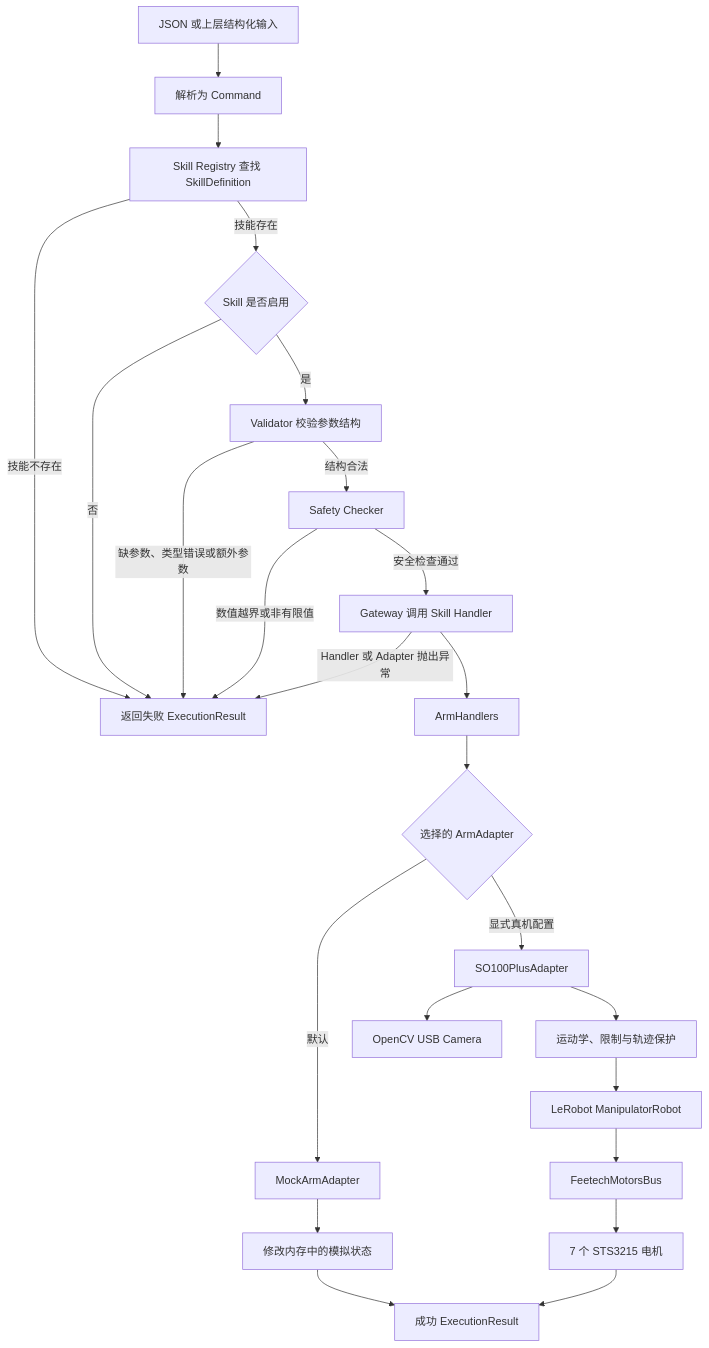
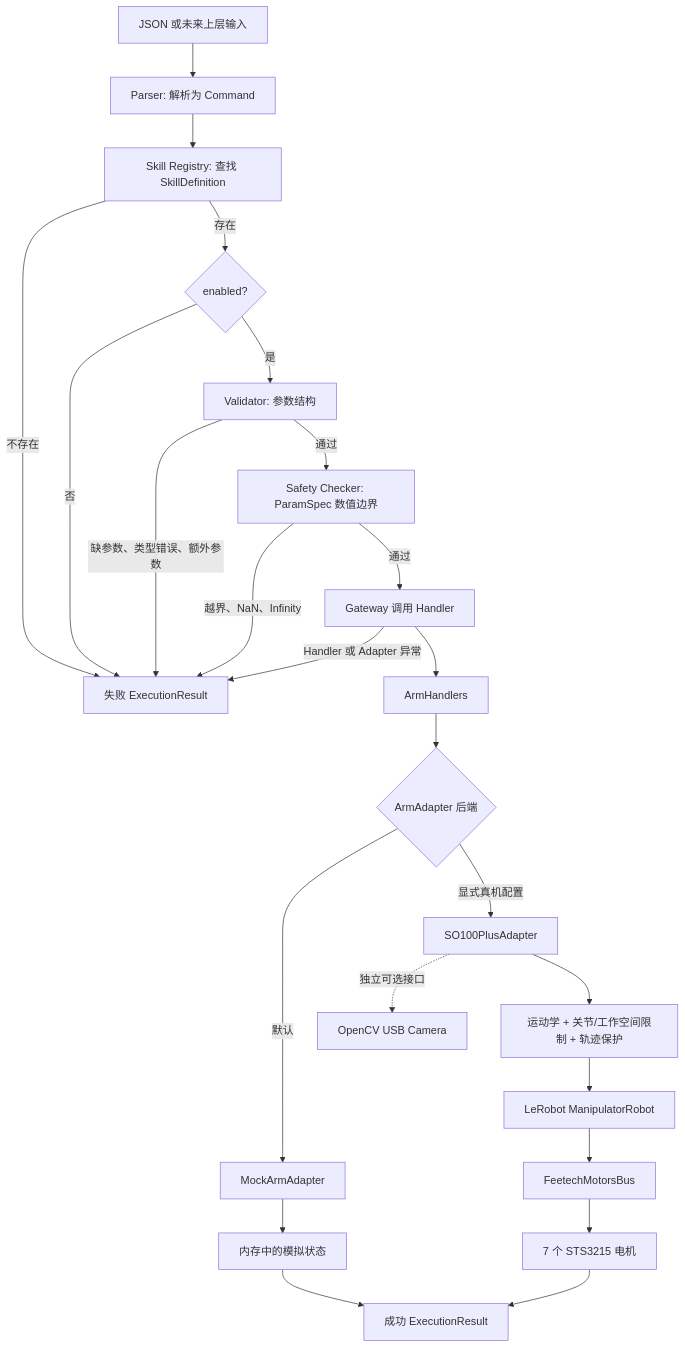
Before and after one commit to Alex-Lucifer-L/ros-claw: the diagram in README.md, drawn with Mermaid. The commit also changed other lines of this file and 5 other files, not shown here.

````diff
--- a/README.md
+++ b/README.md
@@ -93,35 +174,33 @@
 ```mermaid
 flowchart TD
-    A[JSON 或上层结构化输入] --> B[解析为 Command]
-    B --> C[Skill Registry 查找 SkillDefinition]
+    A[JSON 或未来上层输入] --> B[Parser: 解析为 Command]
+    B --> C[Skill Registry: 查找 SkillDefinition]
 
-    C -->|技能不存在| R[返回失败 ExecutionResult]
-    C -->|技能存在| D{Skill 是否启用}
-    D -->|否| R
-    D -->|是| E[Validator 校验参数结构]
+    C -->|不存在| X[失败 ExecutionResult]
+    C -->|存在| D{enabled?}
+    D -->|否| X
+    D -->|是| E[Validator: 参数结构]
 
-    E -->|缺参数、类型错误或额外参数| R
-    E -->|结构合法| F[Safety Checker]
-    F -->|数值越界或非有限值| R
-    F -->|安全检查通过| G[Gateway 调用 Skill Handler]
+    E -->|缺参数、类型错误、额外参数| X
+    E -->|通过| F[Safety Checker: ParamSpec 数值边界]
+    F -->|越界、NaN、Infinity| X
+    F -->|通过| G[Gateway 调用 Handler]
 
     G --> H[ArmHandlers]
-    H --> I{选择的 ArmAdapter}
+    H --> I{ArmAdapter 后端}
 
     I -->|默认| J[MockArmAdapter]
     I -->|显式真机配置| K[SO100PlusAdapter]
 
-    J --> L[修改内存中的模拟状态]
-
-    K --> M[运动学、限制与轨迹保护]
+    J --> L[内存中的模拟状态]
+    K --> M[运动学 + 关节/工作空间限制 + 轨迹保护]
     M --> N[LeRobot ManipulatorRobot]
     N --> O[FeetechMotorsBus]
     O --> P[7 个 STS3215 电机]
 
-    K --> Q[OpenCV USB Camera]
+    K -. 独立可选接口 .-> Q[OpenCV USB Camera]
 
-    L --> S[成功 ExecutionResult]
-    P --> S
-
-    G -->|Handler 或 Adapter 抛出异常| R
+    L --> Y[成功 ExecutionResult]
+    P --> Y
+    G -->|Handler 或 Adapter 异常| X
 ```
````
